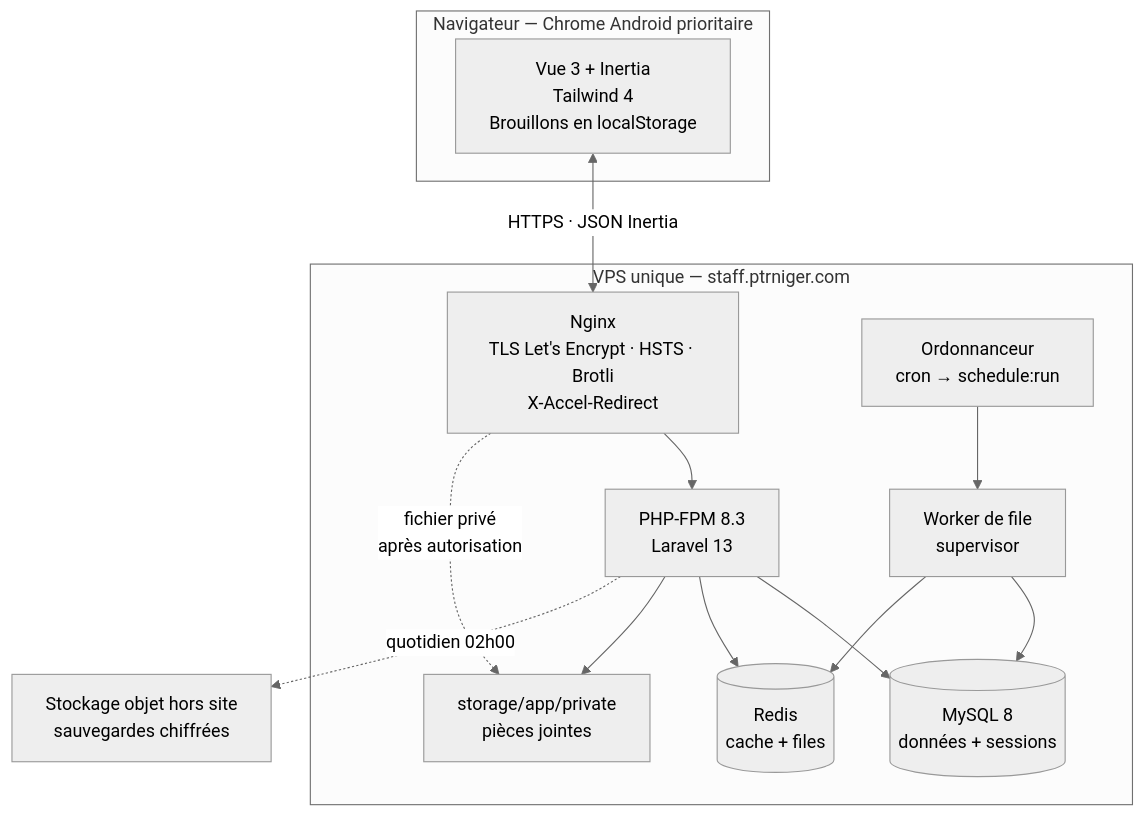
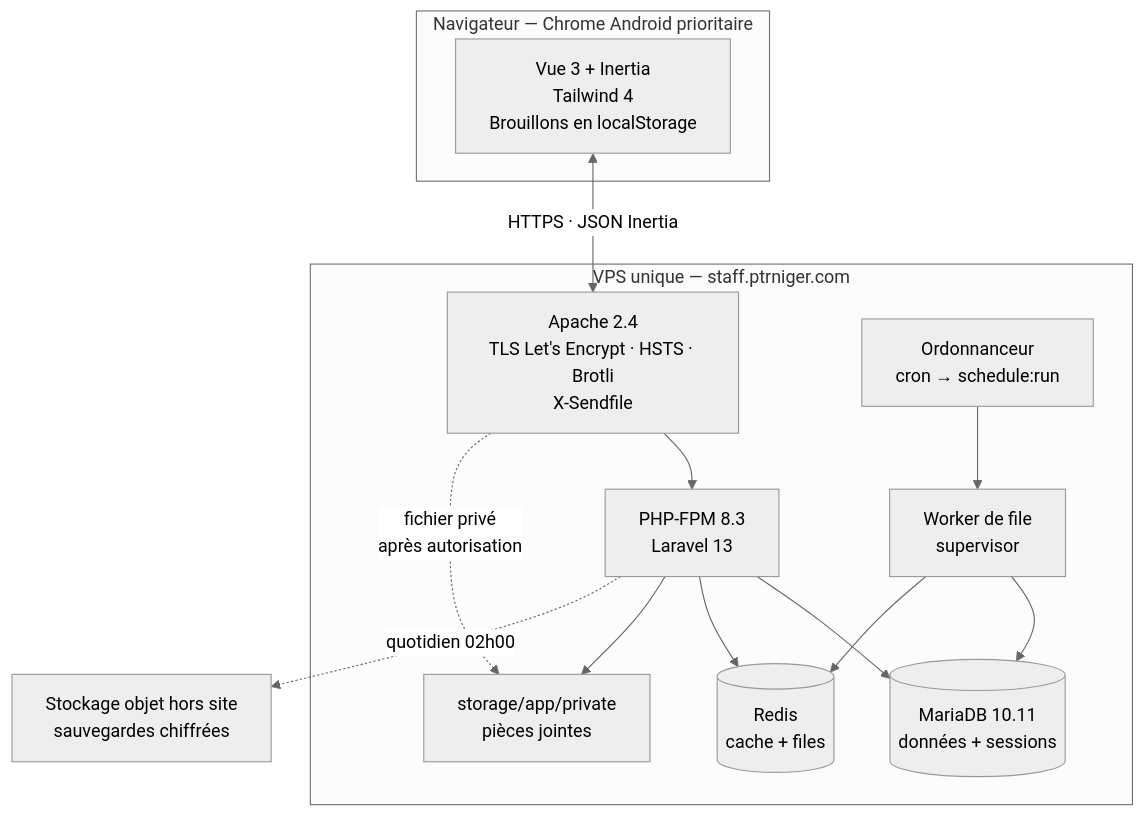
Before and after one commit to Mounkaila144/staffptr: the diagram in docs/architecture/3-vue-densemble.md, drawn with Mermaid (neutral theme). The commit also changed 9 other files, not shown here.

First line of the commit message:
DEC-13 : Apache 2.4 et X-Sendfile remplacent Nginx et X-Accel-Redirect (#9)

````diff
--- a/docs/architecture/3-vue-densemble.md
+++ b/docs/architecture/3-vue-densemble.md
@@ -9,29 +9,29 @@
 ```mermaid
 graph TB
     subgraph Client["Navigateur — Chrome Android prioritaire"]
         V["Vue 3 + Inertia<br/>Tailwind 4<br/>Brouillons en localStorage"]
     end
 
     subgraph VPS["VPS unique — staff.ptrniger.com"]
-        N["Nginx<br/>TLS Let's Encrypt · HSTS · Brotli<br/>X-Accel-Redirect"]
+        N["Apache 2.4<br/>TLS Let's Encrypt · HSTS · Brotli<br/>X-Sendfile"]
         P["PHP-FPM 8.3<br/>Laravel 13"]
         Q["Worker de file<br/>supervisor"]
         S["Ordonnanceur<br/>cron → schedule:run"]
-        M[("MySQL 8<br/>données + sessions")]
+        M[("MariaDB 10.11<br/>données + sessions")]
         R[("Redis<br/>cache + files")]
         F["storage/app/private<br/>pièces jointes"]
     end
 
     O["Stockage objet hors site<br/>sauvegardes chiffrées"]
 
     V <-->|"HTTPS · JSON Inertia"| N
     N --> P
     P --> M
     P --> R
     P --> F
     N -.->|"fichier privé<br/>après autorisation"| F
     Q --> M
     Q --> R
     S --> Q
     P -.->|"quotidien 02h00"| O
 ```
````
